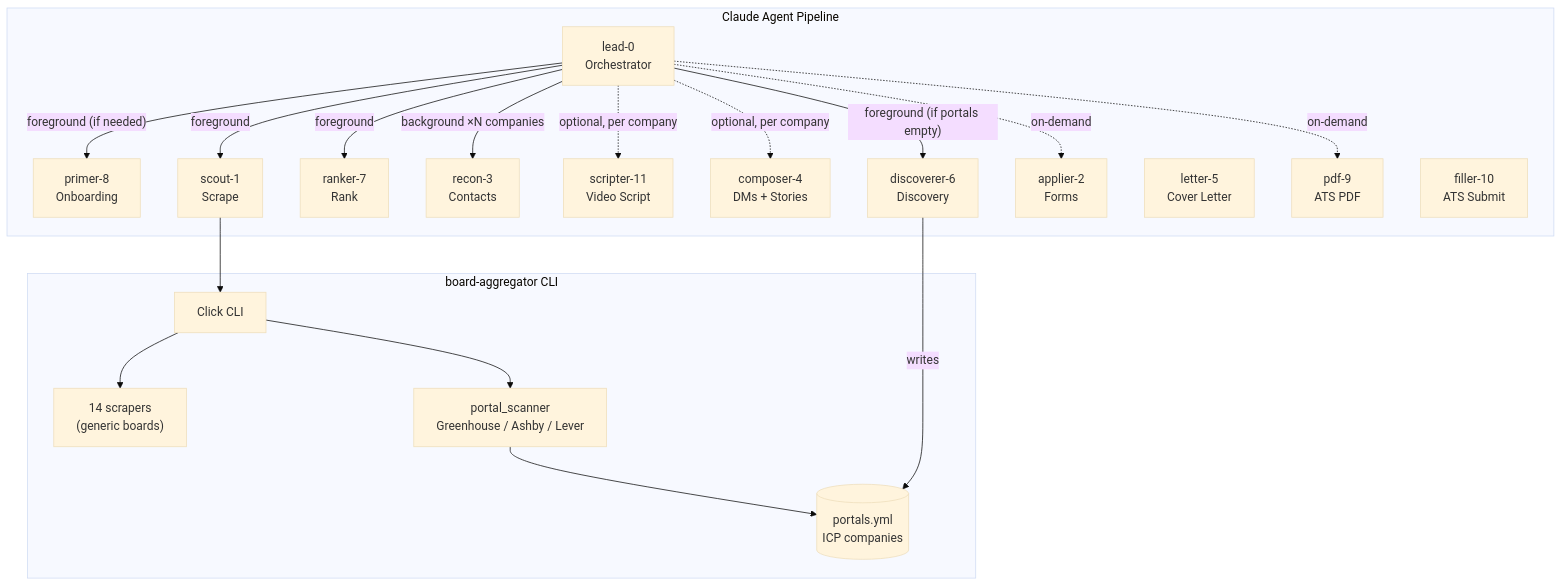
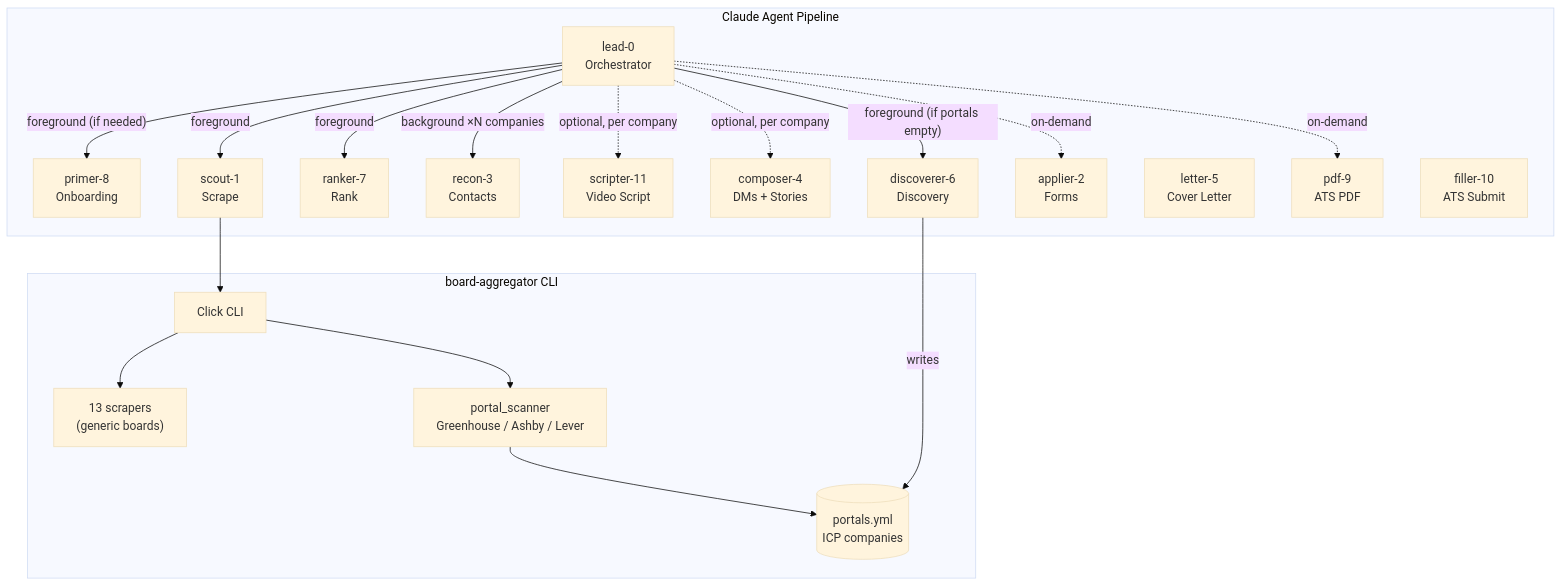
Before and after one commit to 0xquinto/dossier: the diagram in README.md, drawn with Mermaid (base theme). The commit also changed other lines of this file and 10 other files, not shown here.

````diff
--- a/README.md
+++ b/README.md
@@ -71,39 +71,39 @@
 ```mermaid
 graph TB
     subgraph Pipeline["Claude Agent Pipeline"]
         Lead[lead-0<br/>Orchestrator]
         Primer[primer-8<br/>Onboarding]
         Scout[scout-1<br/>Scrape]
         Ranker[ranker-7<br/>Rank]
         Recon[recon-3<br/>Contacts]
         Scripter[scripter-11<br/>Video Script]
         Composer[composer-4<br/>DMs + Stories]
         Discoverer[discoverer-6<br/>Discovery]
         Applier[applier-2<br/>Forms]
         Letter[letter-5<br/>Cover Letter]
         PDF[pdf-9<br/>ATS PDF]
         Filler[filler-10<br/>ATS Submit]
     end
 
     subgraph Scraper["board-aggregator CLI"]
         CLI[Click CLI]
-        Scrapers["14 scrapers<br/>(generic boards)"]
+        Scrapers["13 scrapers<br/>(generic boards)"]
         PortalScanner["portal_scanner<br/>Greenhouse / Ashby / Lever"]
         PortalsYml[("portals.yml<br/>ICP companies")]
     end
 
     Lead -->|"foreground (if needed)"| Primer
     Lead -->|foreground| Scout
     Lead -->|foreground| Ranker
     Lead -->|"background ×N companies"| Recon
     Lead -.->|"optional, per company"| Scripter
     Lead -.->|"optional, per company"| Composer
     Lead -->|"foreground (if portals empty)"| Discoverer
     Lead -.->|on-demand| Applier
     Lead -.->|on-demand| PDF
     Discoverer -->|writes| PortalsYml
     Scout --> CLI
     CLI --> Scrapers
     CLI --> PortalScanner
     PortalScanner --> PortalsYml
 ```
````
